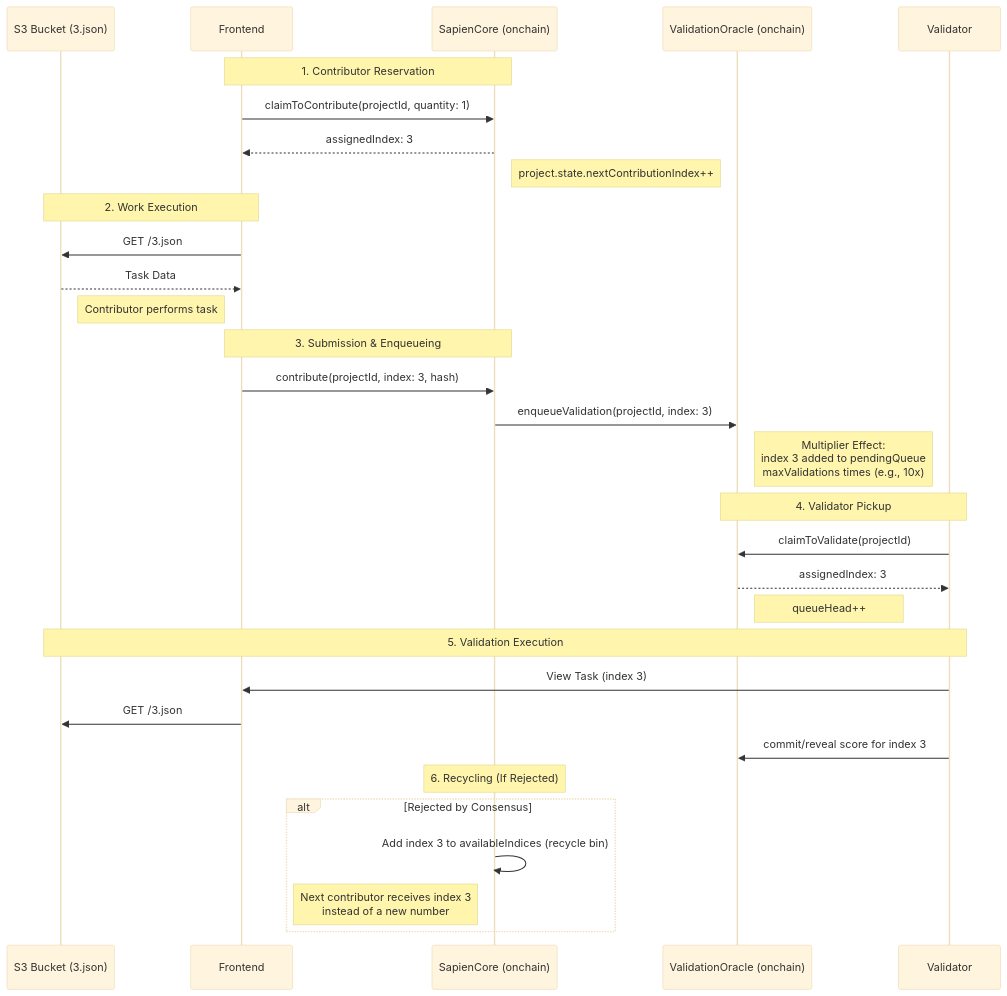
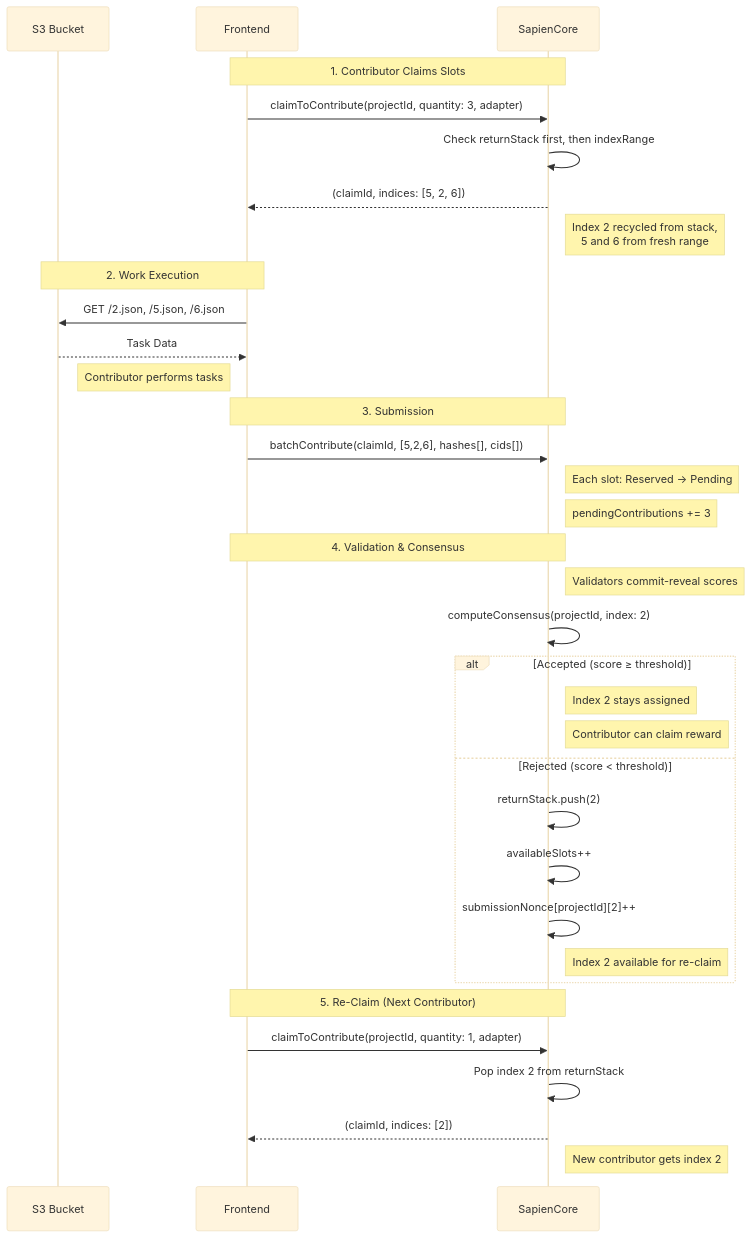
Before and after one commit to Sapien-io/sapien-contracts: the diagram in docs/architecture/index-lifecycle.md, drawn with Mermaid (base theme). The commit also changed other lines of this file and 83 other files, not shown here.

````diff
--- a/docs/architecture/index-lifecycle.md
+++ b/docs/architecture/index-lifecycle.md
@@ -11,39 +53,42 @@
 ```mermaid
 sequenceDiagram
-    participant S3 as S3 Bucket (3.json)
+    participant S3 as S3 Bucket
     participant FE as Frontend
-    participant SC as SapienCore (onchain)
-    participant VO as ValidationOracle (onchain)
-    participant V as Validator
+    participant SC as SapienCore
 
-    Note over FE, SC: 1. Contributor Reservation
-    FE->>SC: claimToContribute(projectId, quantity: 1)
-    SC-->>FE: assignedIndex: 3
-    Note right of SC: project.state.nextContributionIndex++
+    Note over FE, SC: 1. Contributor Claims Slots
+    FE->>SC: claimToContribute(projectId, quantity: 3, adapter)
+    SC->>SC: Check returnStack first, then indexRange
+    SC-->>FE: (claimId, indices: [5, 2, 6])
+    Note right of SC: Index 2 recycled from stack,<br/>5 and 6 from fresh range
 
     Note over FE, S3: 2. Work Execution
-    FE->>S3: GET /3.json
+    FE->>S3: GET /2.json, /5.json, /6.json
     S3-->>FE: Task Data
-    Note left of FE: Contributor performs task
+    Note left of FE: Contributor performs tasks
 
-    Note over FE, SC: 3. Submission & Enqueueing
-    FE->>SC: contribute(projectId, index: 3, hash)
-    SC->>VO: enqueueValidation(projectId, index: 3)
-    Note right of VO: Multiplier Effect:<br/>index 3 added to pendingQueue<br/>maxValidations times (e.g., 10x)
+    Note over FE, SC: 3. Submission
+    FE->>SC: batchContribute(claimId, [5,2,6], hashes[], cids[])
+    Note right of SC: Each slot: Reserved → Pending
+    Note right of SC: pendingContributions += 3
 
-    Note over V, VO: 4. Validator Pickup
-    V->>VO: claimToValidate(projectId)
-    VO-->>V: assignedIndex: 3
-    Note right of VO: queueHead++
+    Note over FE, SC: 4. Validation & Consensus
+    Note right of SC: Validators commit-reveal scores
+    SC->>SC: computeConsensus(projectId, index: 2)
 
-    Note over V, S3: 5. Validation Execution
-    V->>FE: View Task (index 3)
-    FE->>S3: GET /3.json
-    V->>VO: commit/reveal score for index 3
+    alt Accepted (score ≥ threshold)
+        Note right of SC: Index 2 stays assigned
+        Note right of SC: Contributor can claim reward
+    else Rejected (score < threshold)
+        SC->>SC: returnStack.push(2)
+        SC->>SC: availableSlots++
+        SC->>SC: submissionNonce[projectId][2]++
+        Note right of SC: Index 2 available for re-claim
+    end
 
-    Note over SC, SC: 6. Recycling (If Rejected)
-    alt Rejected by Consensus
-        SC->>SC: Add index 3 to availableIndices (recycle bin)
-        Note left of SC: Next contributor receives index 3<br/>instead of a new number
-    end
+    Note over FE, SC: 5. Re-Claim (Next Contributor)
+    FE->>SC: claimToContribute(projectId, quantity: 1, adapter)
+    SC->>SC: Pop index 2 from returnStack
+    SC-->>FE: (claimId, indices: [2])
+    Note right of SC: New contributor gets index 2
 ```
````
